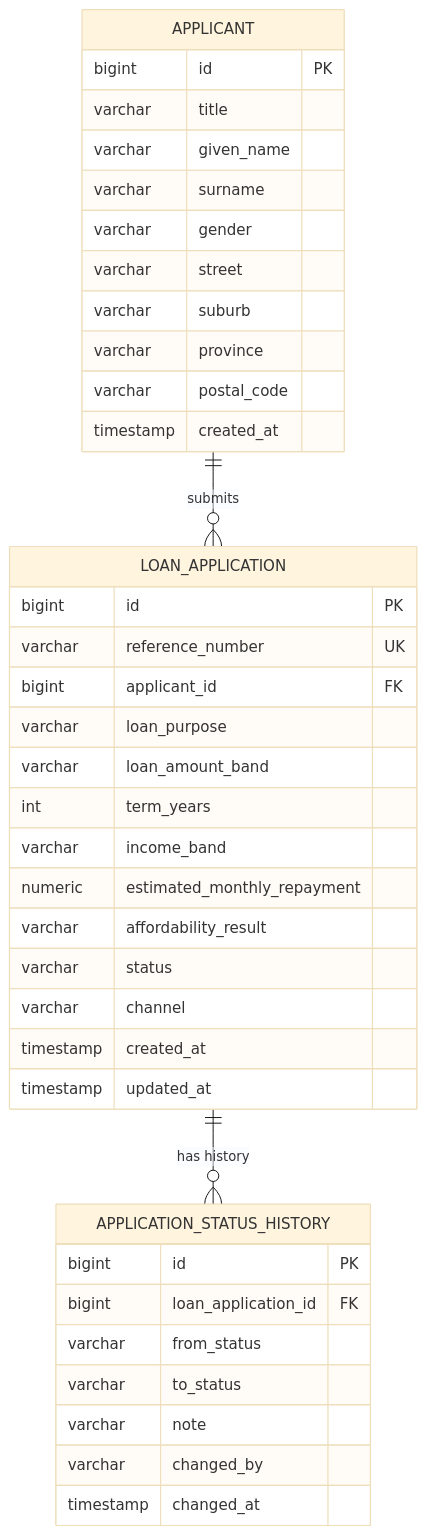
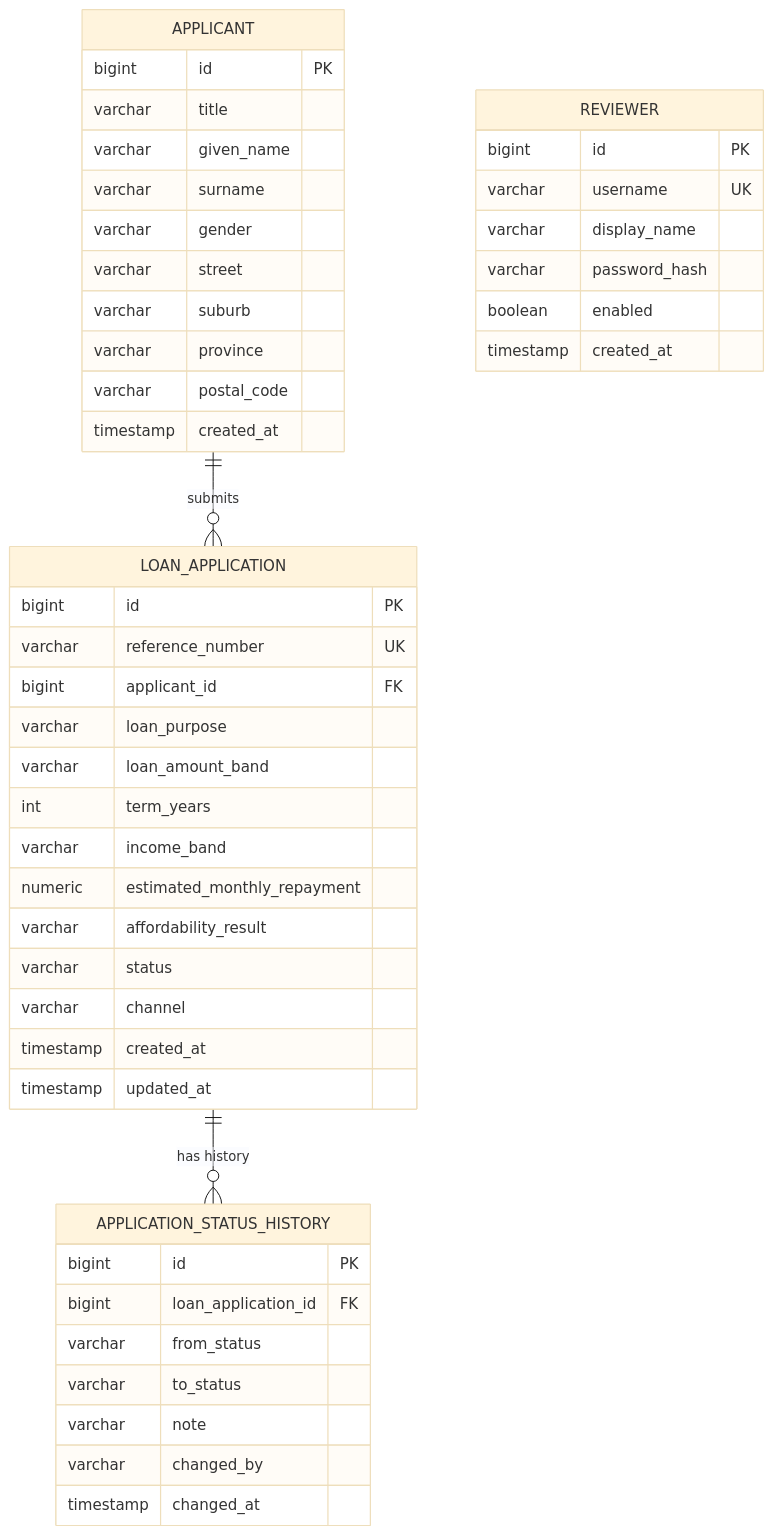
One commit to Sibu912/SNM-Bank-loan-application changed the diagram in docs/DATABASE.md. Above: the diagram before and after it, drawn with Mermaid (base theme). The commit also changed other lines of this file and 27 other files, not shown here.

````diff
--- a/docs/DATABASE.md
+++ b/docs/DATABASE.md
@@ -11,44 +11,53 @@
 ```mermaid
 erDiagram
     APPLICANT ||--o{ LOAN_APPLICATION : submits
     LOAN_APPLICATION ||--o{ APPLICATION_STATUS_HISTORY : "has history"
 
     APPLICANT {
         bigint id PK
         varchar title
         varchar given_name
         varchar surname
         varchar gender
         varchar street
         varchar suburb
         varchar province
         varchar postal_code
         timestamp created_at
     }
 
     LOAN_APPLICATION {
         bigint id PK
         varchar reference_number UK
         bigint applicant_id FK
         varchar loan_purpose
         varchar loan_amount_band
         int term_years
         varchar income_band
         numeric estimated_monthly_repayment
         varchar affordability_result
         varchar status
         varchar channel
         timestamp created_at
         timestamp updated_at
     }
 
     APPLICATION_STATUS_HISTORY {
         bigint id PK
         bigint loan_application_id FK
         varchar from_status
         varchar to_status
         varchar note
         varchar changed_by
         timestamp changed_at
     }
+
+    REVIEWER {
+        bigint id PK
+        varchar username UK
+        varchar display_name
+        varchar password_hash
+        boolean enabled
+        timestamp created_at
+    }
 ```
````
